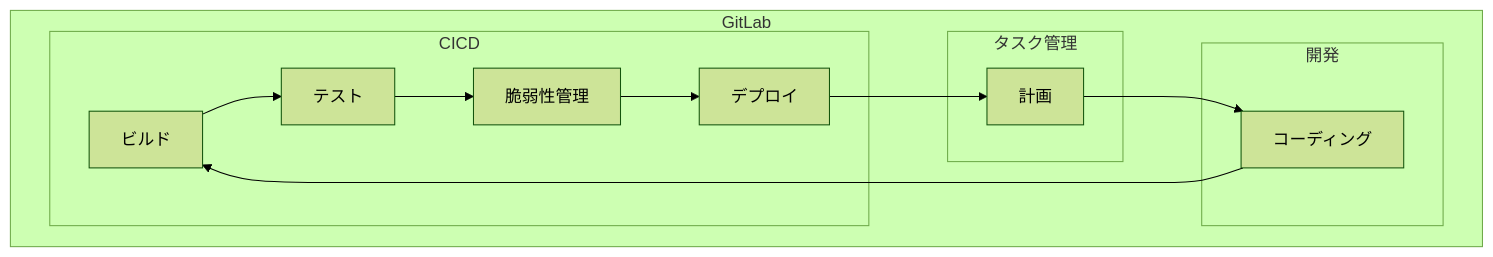
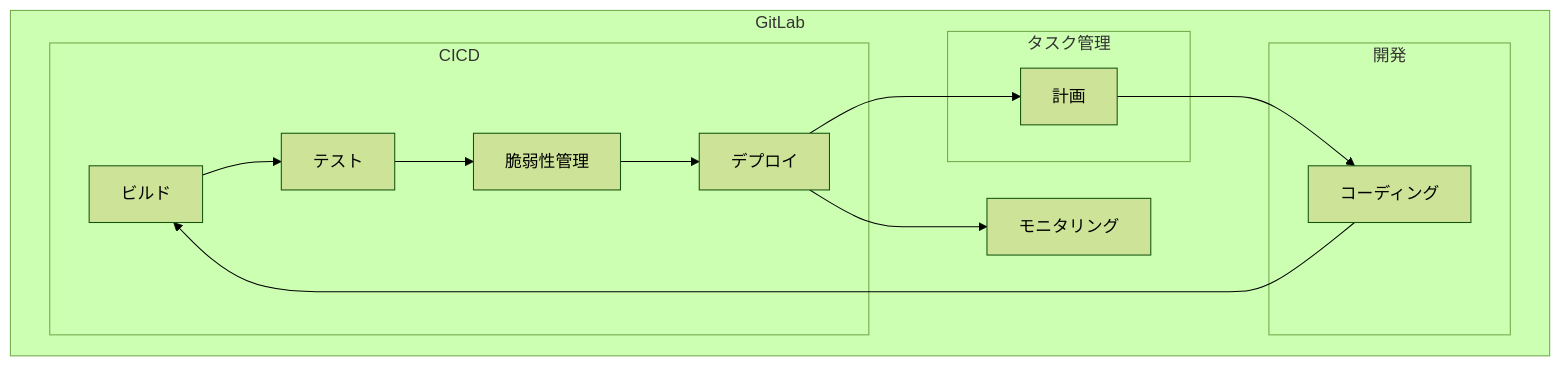
Before and after one commit to gongyong/docs: the eighth of 8 diagrams in pages/gitlab_philosophy/gitlab_step_guide.mdx, drawn with Mermaid (forest theme). The commit also changed other lines of this file, not shown here.

````diff
--- a/pages/gitlab_philosophy/gitlab_step_guide.mdx
+++ b/pages/gitlab_philosophy/gitlab_step_guide.mdx
@@ -151,23 +191,24 @@
 ```mermaid
 graph TB
 subgraph GitLab
   subgraph タスク管理
     計画
   end
   subgraph 開発
     コーディング
   end
   subgraph CICD
     ビルド
     テスト
     脆弱性管理
     デプロイ
   end
   デプロイ --> 計画
   計画 --> コーディング
   コーディング --> ビルド
   ビルド --> テスト
   テスト --> 脆弱性管理
   脆弱性管理 --> デプロイ
+  デプロイ --> モニタリング
 end
 ```
````
